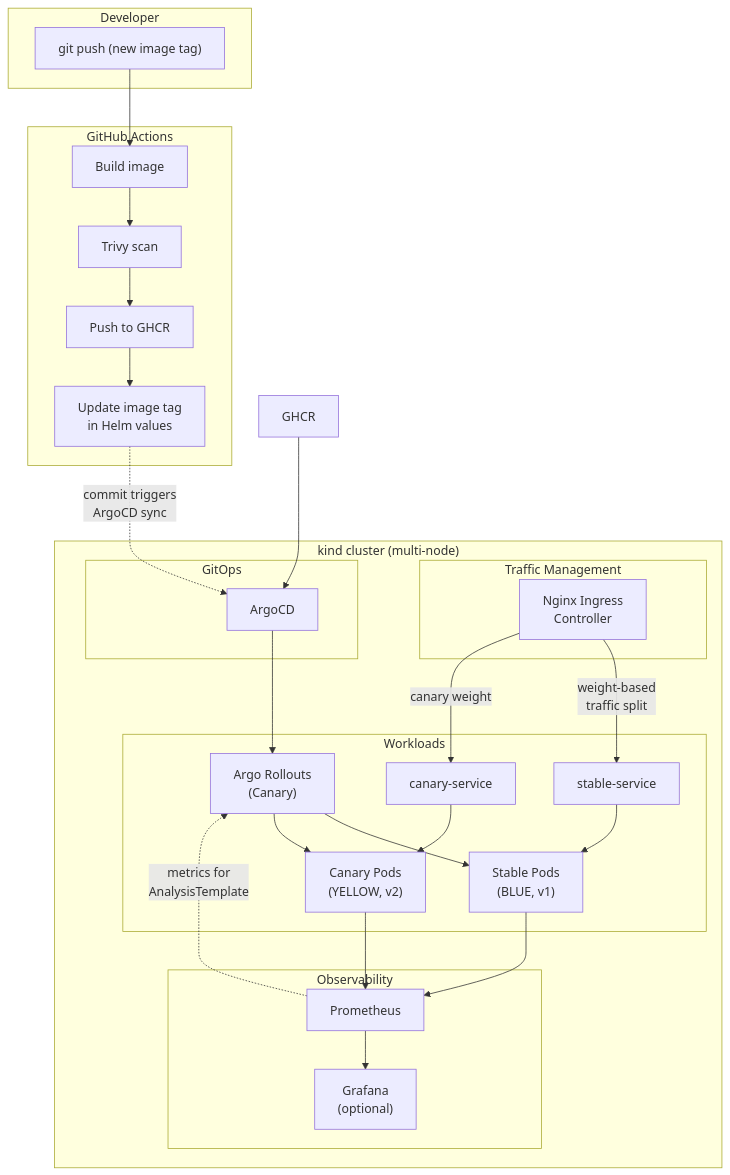
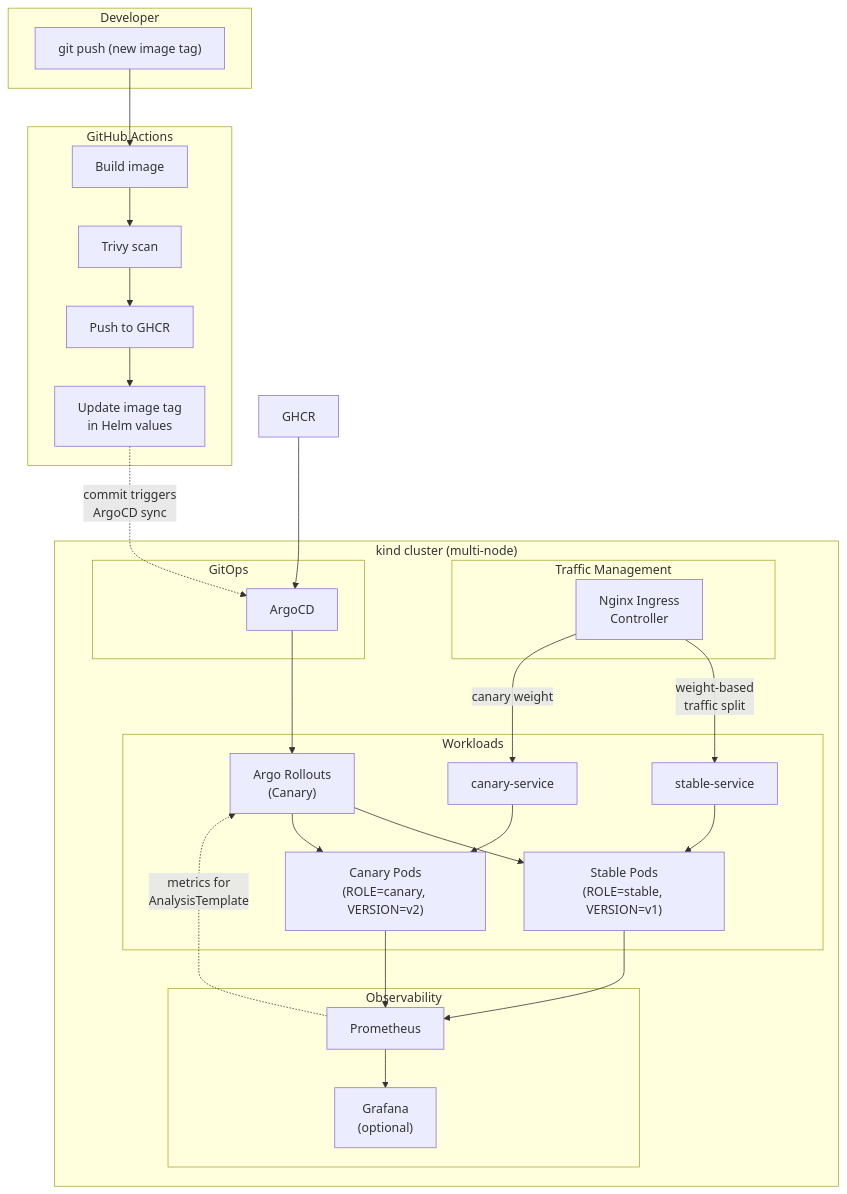
Before and after one commit to bullet-ant/k8s-canary-delivery-platform: the first of 2 diagrams in docs/ARCHITECTURE.md, drawn with Mermaid. The commit also changed other lines of this file and 9 other files, not shown here.

First line of the commit message:
feat: update canary demo to use version-based traffic visualization

````diff
--- a/docs/ARCHITECTURE.md
+++ b/docs/ARCHITECTURE.md
@@ -13,48 +13,48 @@
 ```mermaid
 flowchart TB
     subgraph Dev["Developer"]
         Push["git push (new image tag)"]
     end
 
     subgraph CI["GitHub Actions"]
         Build["Build image"]
         Trivy["Trivy scan"]
         PushGHCR["Push to GHCR"]
         UpdateTag["Update image tag\nin Helm values"]
         Push --> Build --> Trivy --> PushGHCR --> UpdateTag
     end
 
     subgraph K8s["kind cluster (multi-node)"]
         subgraph Ingress["Traffic Management"]
             Nginx["Nginx Ingress\nController"]
         end
         subgraph GitOps["GitOps"]
             ArgoCD["ArgoCD"]
         end
         subgraph Apps["Workloads"]
             Rollout["Argo Rollouts\n(Canary)"]
-            StablePods["Stable Pods\n(BLUE, v1)"]
-            CanaryPods["Canary Pods\n(YELLOW, v2)"]
+            StablePods["Stable Pods\n(ROLE=stable, VERSION=v1)"]
+            CanaryPods["Canary Pods\n(ROLE=canary, VERSION=v2)"]
             StableSvc["stable-service"]
             CanarySvc["canary-service"]
             Rollout --> StablePods
             Rollout --> CanaryPods
             StableSvc --> StablePods
             CanarySvc --> CanaryPods
         end
         subgraph Observability["Observability"]
             Prom["Prometheus"]
             Grafana["Grafana\n(optional)"]
             Prom --> Grafana
         end
         ArgoCD --> Rollout
         Nginx -->|"weight-based\ntraffic split"| StableSvc
         Nginx -->|"canary weight"| CanarySvc
         StablePods --> Prom
         CanaryPods --> Prom
     end
 
     GHCR["GHCR"] --> ArgoCD
     Prom -.->|"metrics for\nAnalysisTemplate"| Rollout
     UpdateTag -.->|"commit triggers\nArgoCD sync"| ArgoCD
 ```
````
